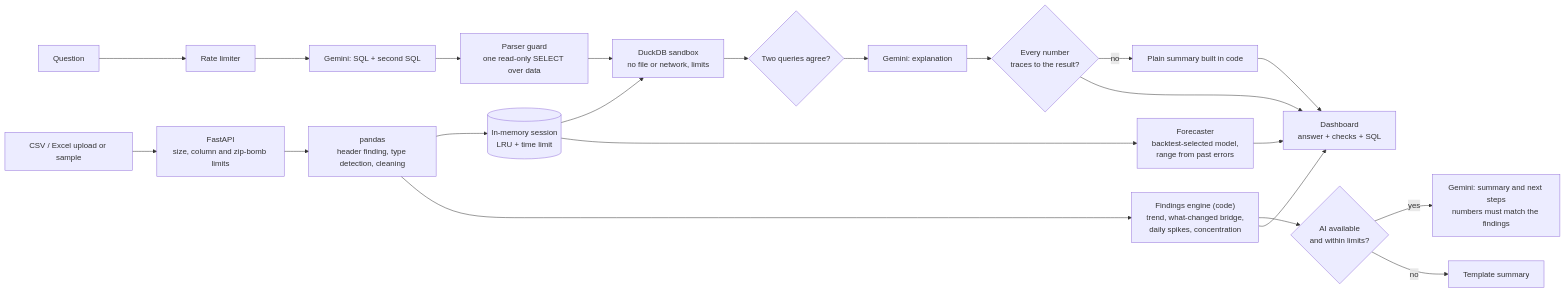
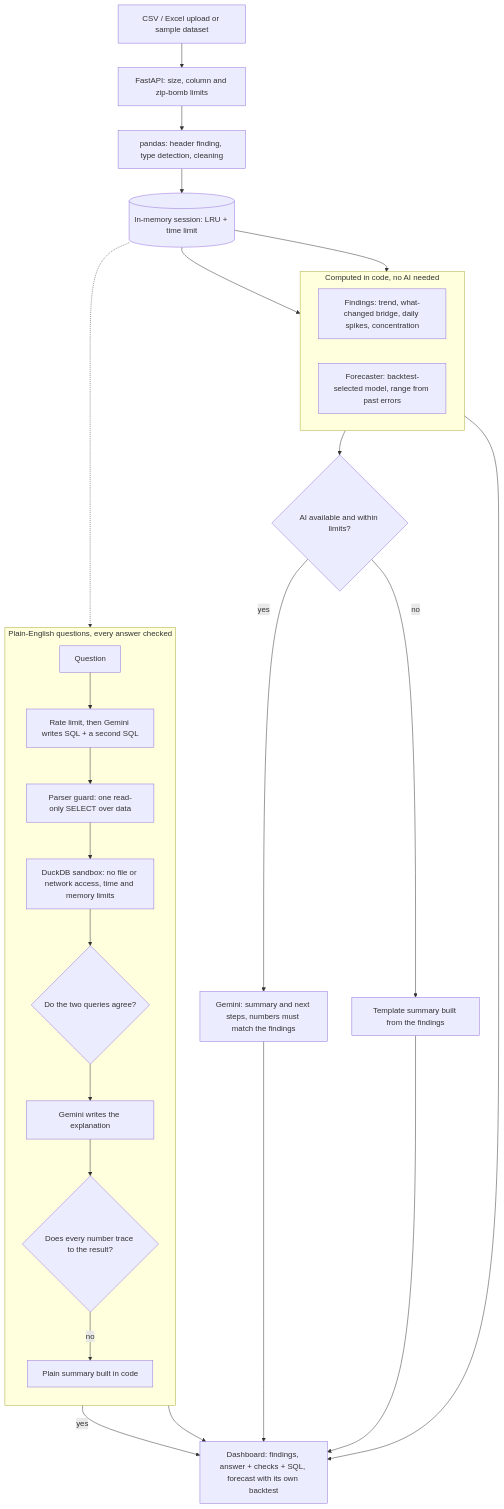
Before and after one commit to Anhad23mahajan/Anhad23mahajan: the diagram in lumen/README.md, drawn with Mermaid. The commit also changed other lines of this file and 18 other files, not shown here.

First line of the commit message:
UI: sample picker, checks, forecast test panel; docs, diagram, delivery scripts

````diff
--- a/lumen/README.md
+++ b/lumen/README.md
@@ -41,24 +43,33 @@
 ```mermaid
-flowchart LR
-  U["CSV / Excel upload or sample"] --> UP["FastAPI<br/>size, column and zip-bomb limits"]
-  UP --> P["pandas<br/>header finding, type detection, cleaning"]
-  P --> S[("In-memory session<br/>LRU + time limit")]
-  P --> F["Findings engine (code)<br/>trend, what-changed bridge,<br/>daily spikes, concentration"]
-  F --> N{"AI available<br/>and within limits?"}
-  N -- yes --> G1["Gemini: summary and next steps<br/>numbers must match the findings"]
-  N -- no --> T["Template summary"]
-  Q["Question"] --> RL["Rate limiter"]
-  RL --> G2["Gemini: SQL + second SQL"]
-  G2 --> V["Parser guard<br/>one read-only SELECT over data"]
-  V --> D["DuckDB sandbox<br/>no file or network, limits"]
-  S --> D
-  D --> X{"Two queries agree?"}
-  X --> E["Gemini: explanation"]
-  E --> NG{"Every number<br/>traces to the result?"}
-  NG -- no --> PL["Plain summary built in code"]
-  NG --> UI["Dashboard<br/>answer + checks + SQL"]
+flowchart TB
+  U["CSV / Excel upload or sample dataset"] --> UP["FastAPI: size, column and zip-bomb limits"]
+  UP --> P["pandas: header finding, type detection, cleaning"]
+  P --> S[("In-memory session: LRU + time limit")]
+  subgraph CODE["Computed in code, no AI needed"]
+    direction LR
+    F["Findings: trend, what-changed bridge, daily spikes, concentration"]
+    FC["Forecaster: backtest-selected model, range from past errors"]
+  end
+  S --> F
+  S --> FC
+  subgraph ASK["Plain-English questions, every answer checked"]
+    direction TB
+    Q["Question"] --> G2["Rate limit, then Gemini writes SQL + a second SQL"]
+    G2 --> V["Parser guard: one read-only SELECT over data"]
+    V --> D["DuckDB sandbox: no file or network access, time and memory limits"]
+    D --> X{"Do the two queries agree?"}
+    X --> E["Gemini writes the explanation"]
+    E --> NG{"Does every number trace to the result?"}
+    NG -- no --> PL["Plain summary built in code"]
+  end
+  S -.-> D
+  F --> N{"AI available and within limits?"}
+  N -- yes --> G1["Gemini: summary and next steps, numbers must match the findings"]
+  N -- no --> T["Template summary built from the findings"]
+  NG -- yes --> UI
   PL --> UI
-  F --> UI
-  S --> FC["Forecaster<br/>backtest-selected model,<br/>range from past errors"]
+  G1 --> UI
+  T --> UI
   FC --> UI
+  UI["Dashboard: findings, answer + checks + SQL, forecast with its own backtest"]
 ```
````
